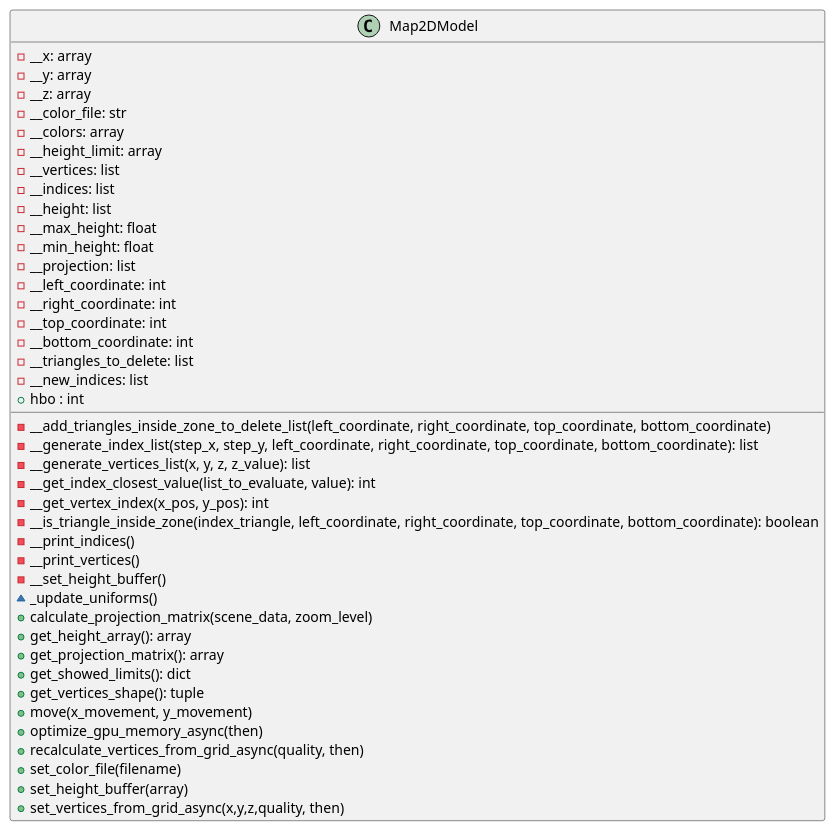
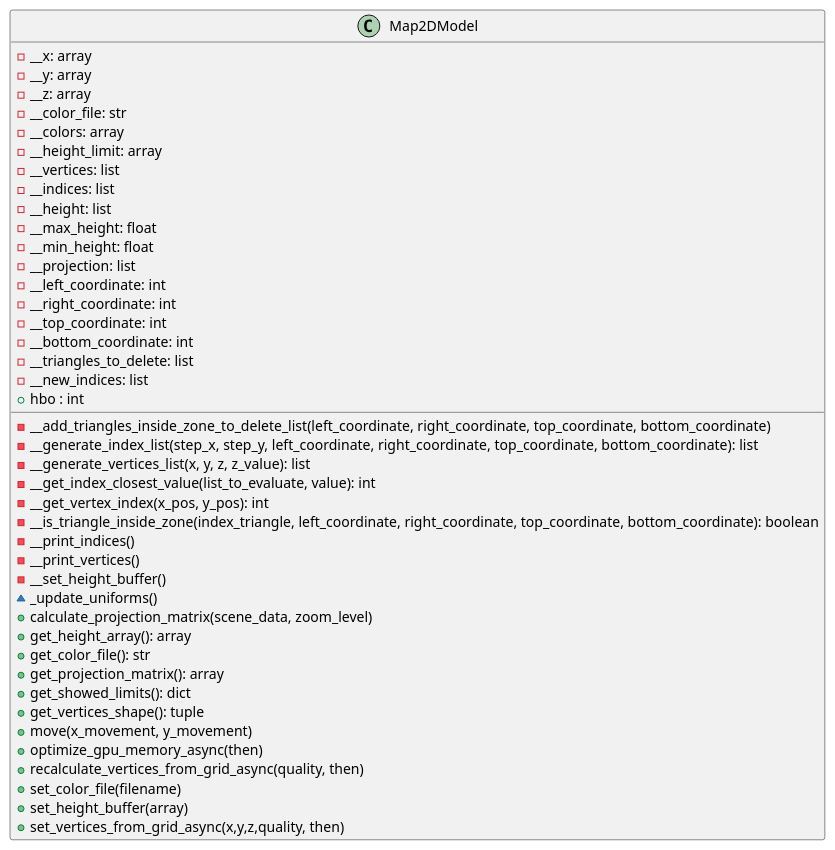
Before and after one commit to ferpoble2/Relief_Creator: the diagram in docs/classes/Map2DModel.puml, drawn with PlantUML. The commit also changed 8 other files, not shown here.

```diff
--- a/docs/classes/Map2DModel.puml
+++ b/docs/classes/Map2DModel.puml
@@ -1,47 +1,48 @@
 @startuml
                 class Map2DModel {
                     - __x: array
                     - __y: array
                     - __z: array
                     - __color_file: str
                     - __colors: array
                     - __height_limit: array
                     - __vertices: list
                     - __indices: list
                     - __height: list
                     - __max_height: float
                     - __min_height: float
                     - __projection: list
                     - __left_coordinate: int
                     - __right_coordinate: int
                     - __top_coordinate: int
                     - __bottom_coordinate: int
                     - __triangles_to_delete: list
                     - __new_indices: list
                     + hbo : int
 
 
                     - __add_triangles_inside_zone_to_delete_list(left_coordinate, right_coordinate, top_coordinate, bottom_coordinate)
                     - __generate_index_list(step_x, step_y, left_coordinate, right_coordinate, top_coordinate, bottom_coordinate): list
                     - __generate_vertices_list(x, y, z, z_value): list
                     - __get_index_closest_value(list_to_evaluate, value): int
                     - __get_vertex_index(x_pos, y_pos): int
                     - __is_triangle_inside_zone(index_triangle, left_coordinate, right_coordinate, top_coordinate, bottom_coordinate): boolean
                     - __print_indices()
                     - __print_vertices()
                     - __set_height_buffer()
                     ~ _update_uniforms()
                     + calculate_projection_matrix(scene_data, zoom_level)
                     + get_height_array(): array
+                    + get_color_file(): str
                     + get_projection_matrix(): array
                     + get_showed_limits(): dict
                     + get_vertices_shape(): tuple
                     + move(x_movement, y_movement)
                     + optimize_gpu_memory_async(then)
                     + recalculate_vertices_from_grid_async(quality, then)
                     + set_color_file(filename)
                     + set_height_buffer(array)
                     + set_vertices_from_grid_async(x,y,z,quality, then)
 
                 }
 @enduml
```
